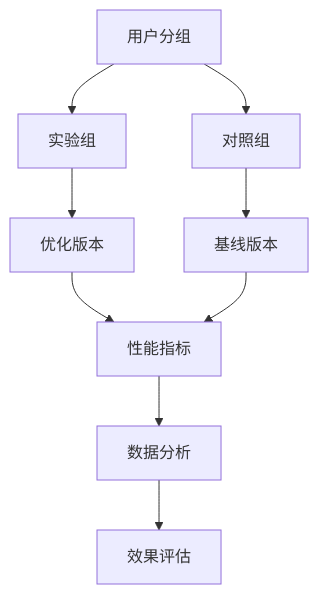
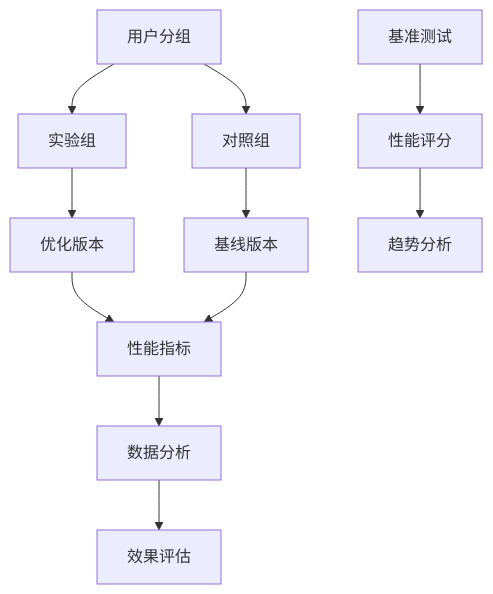
Before and after one commit to zhangxin19911211-creator/Project_BabyAssistant: the seventh of 14 diagrams in .qoder/repowiki/zh/content/性能优化/性能监控方案.md, drawn with Mermaid. The commit also changed other lines of this file and 24 other files, not shown here.

````diff
--- a/.qoder/repowiki/zh/content/性能优化/性能监控方案.md
+++ b/.qoder/repowiki/zh/content/性能优化/性能监控方案.md
@@ -313,11 +429,13 @@
 ```mermaid
 graph TB
 A[用户分组] --> B[实验组]
 A --> C[对照组]
 B --> D[优化版本]
 C --> E[基线版本]
 D --> F[性能指标]
 E --> F
 F --> G[数据分析]
 G --> H[效果评估]
+I[基准测试] --> J[性能评分]
+J --> K[趋势分析]
 ```
````
